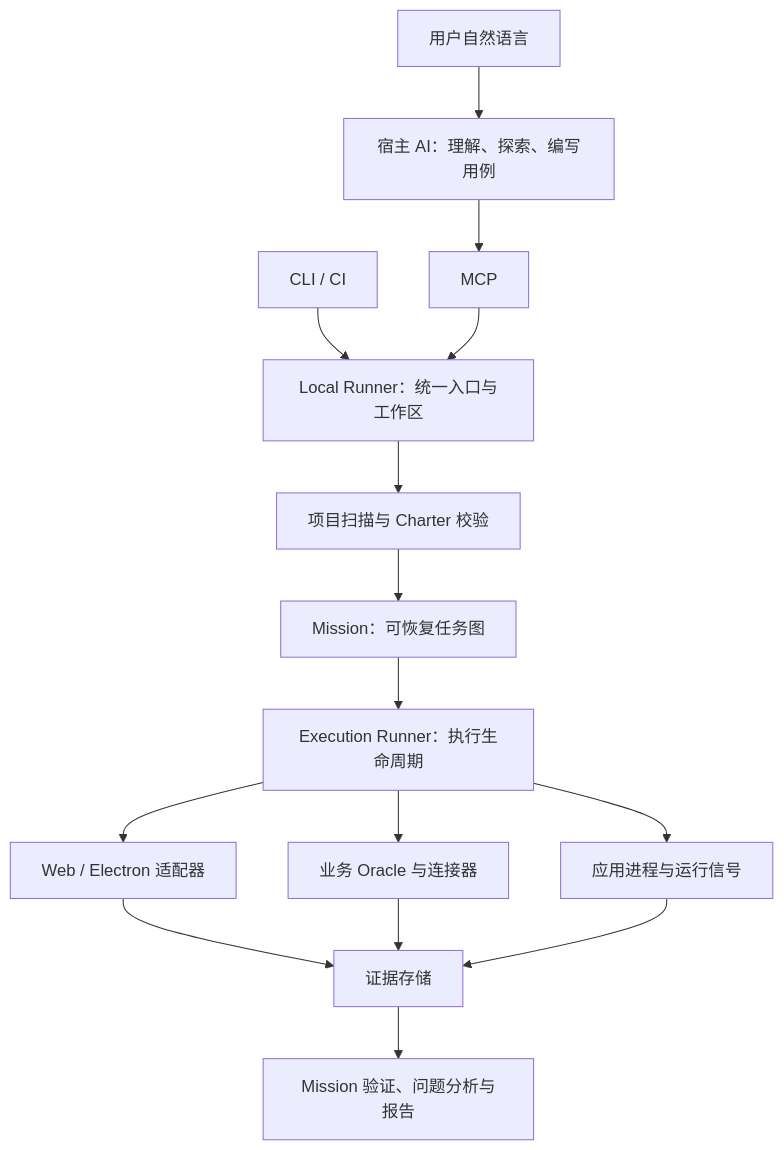
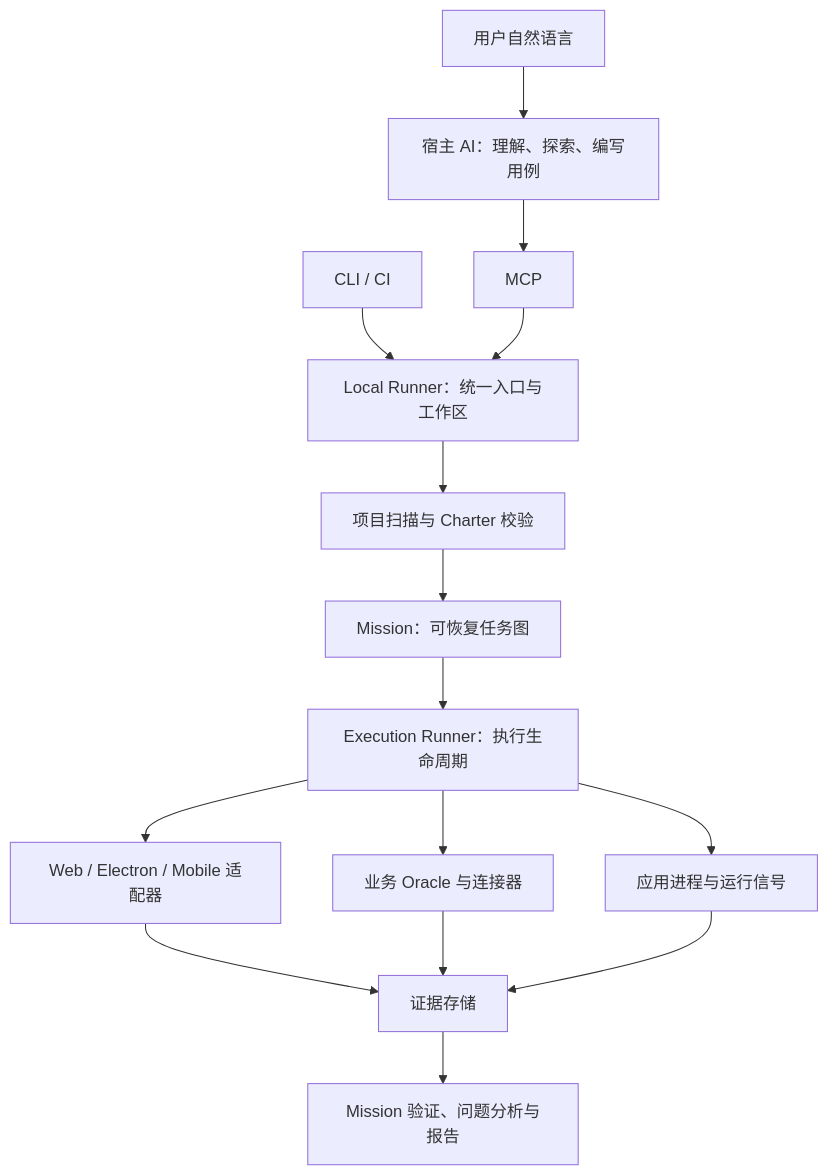
The diagram in docs/architecture-overview.zh-CN.md (shutu-hub/proofkit-ai), drawn with Mermaid before and after one commit. The commit also changed other lines of this file and 14 other files, not shown here.

````diff
--- a/docs/architecture-overview.zh-CN.md
+++ b/docs/architecture-overview.zh-CN.md
@@ -5,17 +5,17 @@
 ```mermaid
 flowchart TD
   U[用户自然语言] --> H[宿主 AI：理解、探索、编写用例]
   H --> M[MCP]
   C[CLI / CI] --> L[Local Runner：统一入口与工作区]
   M --> L
   L --> P[项目扫描与 Charter 校验]
   P --> A[Mission：可恢复任务图]
   A --> R[Execution Runner：执行生命周期]
-  R --> S[Web / Electron 适配器]
+  R --> S[Web / Electron / Mobile 适配器]
   R --> O[业务 Oracle 与连接器]
   R --> T[应用进程与运行信号]
   S --> E[证据存储]
   O --> E
   T --> E
   E --> V[Mission 验证、问题分析与报告]
 ```
````
